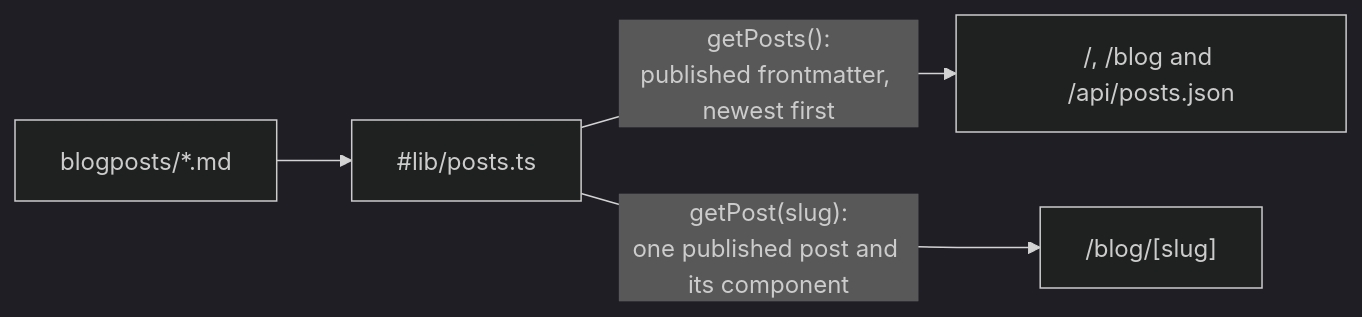
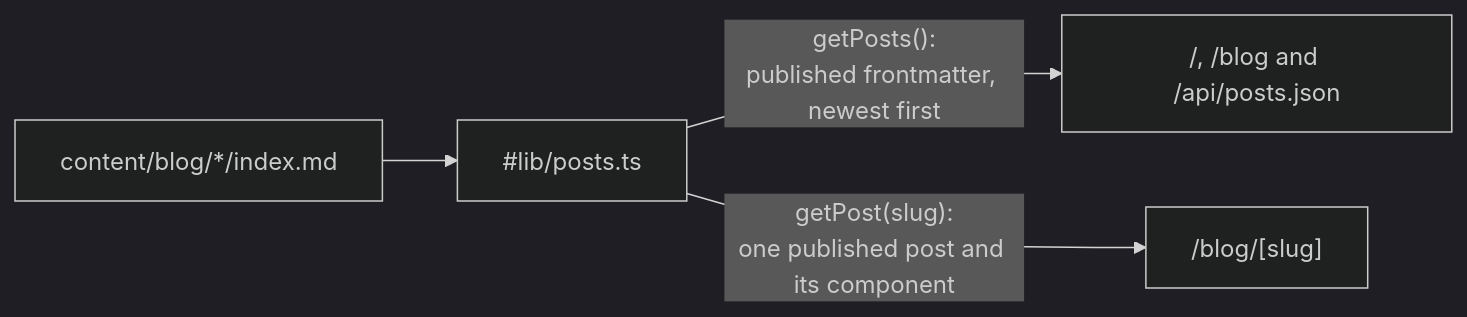
One commit to matus-barta/personal-web changed the diagram in .claude/architecture.md. Above: the diagram before and after it, drawn with Mermaid (dark theme). The commit also changed other lines of this file and 46 other files, not shown here.

````diff
--- a/.claude/architecture.md
+++ b/.claude/architecture.md
@@ -45,6 +45,6 @@
 ```mermaid
 flowchart LR
-    md["blogposts/*.md"] --> reader["#lib/posts.ts"]
+    md["content/blog/*/index.md"] --> reader["#lib/posts.ts"]
     reader -- "getPosts():<br/>published frontmatter, newest first" --> list["/, /blog and /api/posts.json"]
     reader -- "getPost(slug):<br/>one published post and its component" --> post["/blog/[slug]"]
 ```
````
